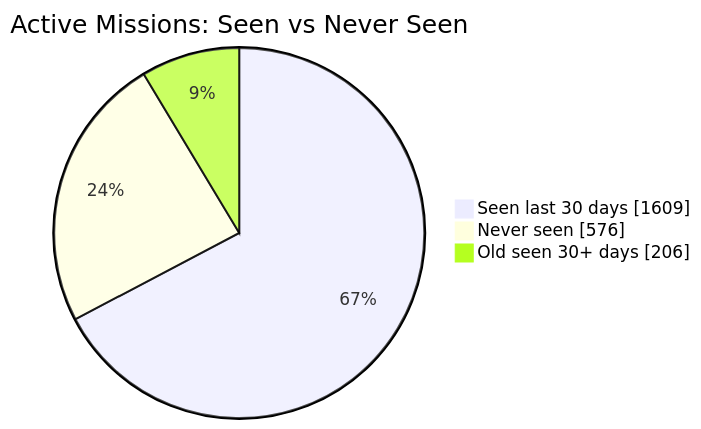
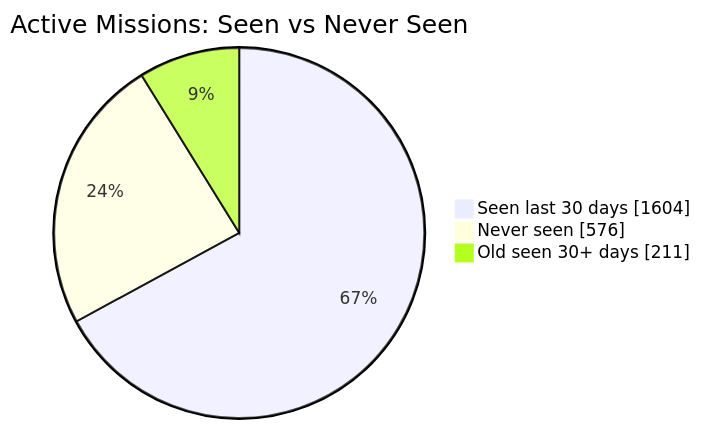
One commit to MeldkamerspelGameTeam/active-missions changed the first of 2 diagrams in README.md. Above: the diagram before and after it, drawn with Mermaid. The commit also changed other lines of this file and 3 other files, not shown here.

````diff
--- a/README.md
+++ b/README.md
@@ -34,7 +34,7 @@
 ```mermaid
 pie showData
     title Active Missions: Seen vs Never Seen
-    "Seen last 30 days" : 1609
+    "Seen last 30 days" : 1604
     "Never seen" : 576
-    "Old seen 30+ days" : 206
+    "Old seen 30+ days" : 211
 ```
````
